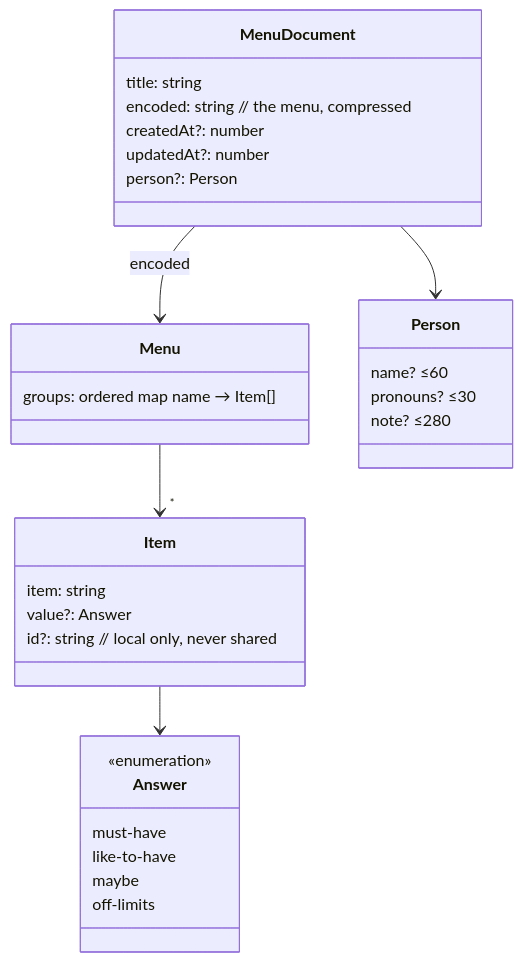
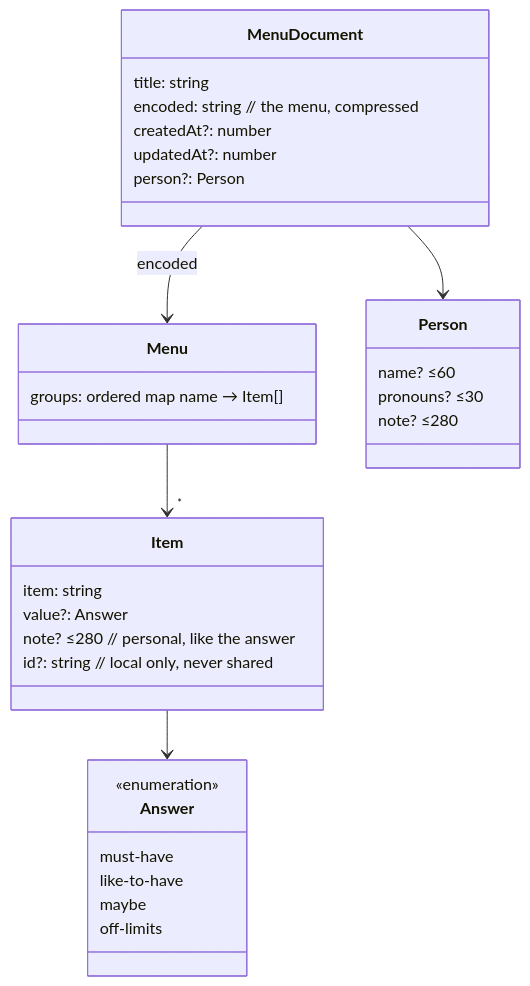
One commit to robotoer/relationship-menu changed the second of 7 diagrams in docs/spec/README.md. Above: the diagram before and after it, drawn with Mermaid. The commit also changed other lines of this file and 30 other files, not shown here.

````diff
--- a/docs/spec/README.md
+++ b/docs/spec/README.md
@@ -53,34 +53,35 @@
 ```mermaid
 classDiagram
   class MenuDocument {
     title: string
     encoded: string   // the menu, compressed
     createdAt?: number
     updatedAt?: number
     person?: Person
   }
   class Menu {
     groups: ordered map name → Item[]
   }
   class Item {
     item: string
     value?: Answer
+    note? ≤280   // personal, like the answer
     id?: string  // local only, never shared
   }
   class Person {
     name? ≤60
     pronouns? ≤30
     note? ≤280
   }
   class Answer {
     <<enumeration>>
     must-have
     like-to-have
     maybe
     off-limits
   }
   MenuDocument --> Menu : encoded
   MenuDocument --> Person
   Menu --> "*" Item
   Item --> Answer
 ```
````
